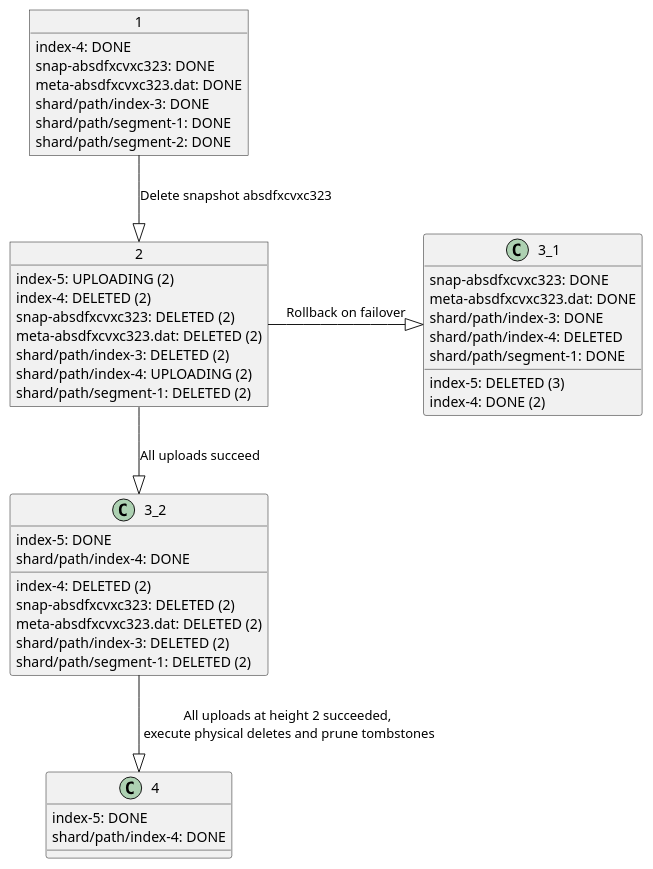
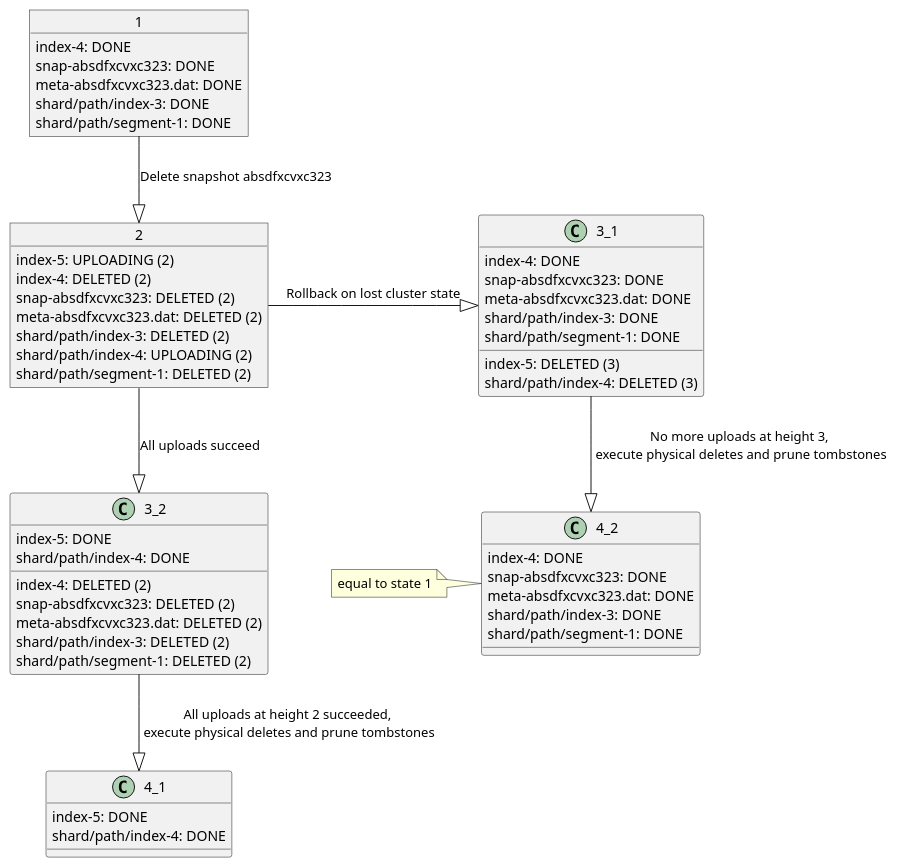
Before and after one commit to original-brownbear/elasticsearch: the diagram in meta-state-transitions.puml, drawn with PlantUML.

```diff
--- a/meta-state-transitions.puml
+++ b/meta-state-transitions.puml
@@ -1,54 +1,64 @@
 @startuml
 
 Object 1 {
     index-4: DONE
     snap-absdfxcvxc323: DONE
     meta-absdfxcvxc323.dat: DONE
     shard/path/index-3: DONE
     shard/path/segment-1: DONE
-    shard/path/segment-2: DONE
 }
 
 Object 2 {
     index-5: UPLOADING (2)
     index-4: DELETED (2)
     snap-absdfxcvxc323: DELETED (2)
     meta-absdfxcvxc323.dat: DELETED (2)
     shard/path/index-3: DELETED (2)
     shard/path/index-4: UPLOADING (2)
     shard/path/segment-1: DELETED (2)
 }
 
 1 --|> 2: Delete snapshot absdfxcvxc323
 
-2 -|> 3_1: Rollback on failover
+2 -|> 3_1: Rollback on lost cluster state
 2 --|> 3_2: All uploads succeed
 
 Object 3_1 {
     index-5: DELETED (3)
-    index-4: DONE (2)
+    index-4: DONE
     snap-absdfxcvxc323: DONE
     meta-absdfxcvxc323.dat: DONE
     shard/path/index-3: DONE
-    shard/path/index-4: DELETED
+    shard/path/index-4: DELETED (3)
     shard/path/segment-1: DONE
 }
 
 Object 3_2 {
     index-5: DONE
     index-4: DELETED (2)
     snap-absdfxcvxc323: DELETED (2)
     meta-absdfxcvxc323.dat: DELETED (2)
     shard/path/index-3: DELETED (2)
     shard/path/index-4: DONE
     shard/path/segment-1: DELETED (2)
 }
 
-3_2 --|> 4: All uploads at height 2 succeeded,\n execute physical deletes and prune tombstones
+3_2 --|> 4_1: All uploads at height 2 succeeded,\n execute physical deletes and prune tombstones
+3_1 --|> 4_2: No more uploads at height 3,\n execute physical deletes and prune tombstones
 
-Object 4 {
+
+Object 4_1 {
     index-5: DONE
     shard/path/index-4: DONE
 }
 
+Object 4_2 {
+    index-4: DONE
+    snap-absdfxcvxc323: DONE
+    meta-absdfxcvxc323.dat: DONE
+    shard/path/index-3: DONE
+    shard/path/segment-1: DONE
+}
+note left: equal to state 1
+
 @enduml
```
